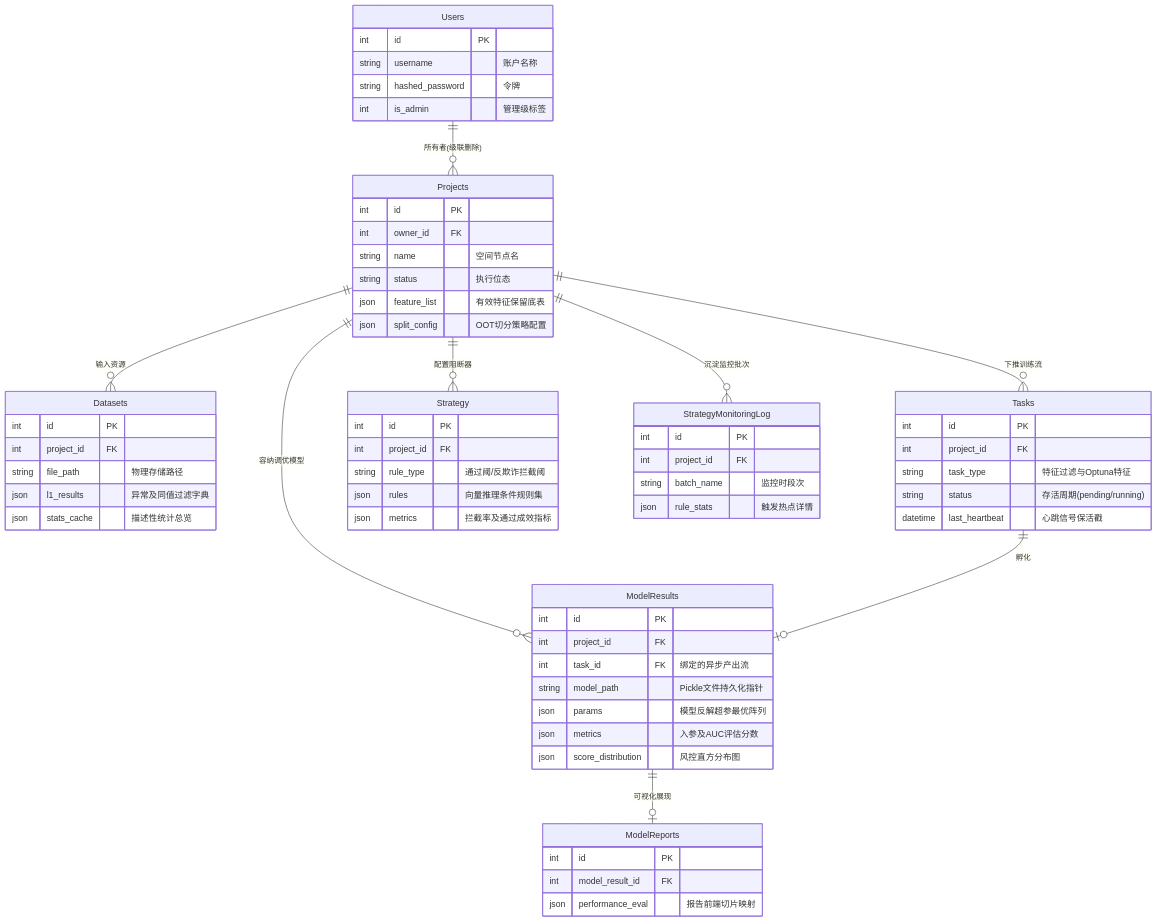
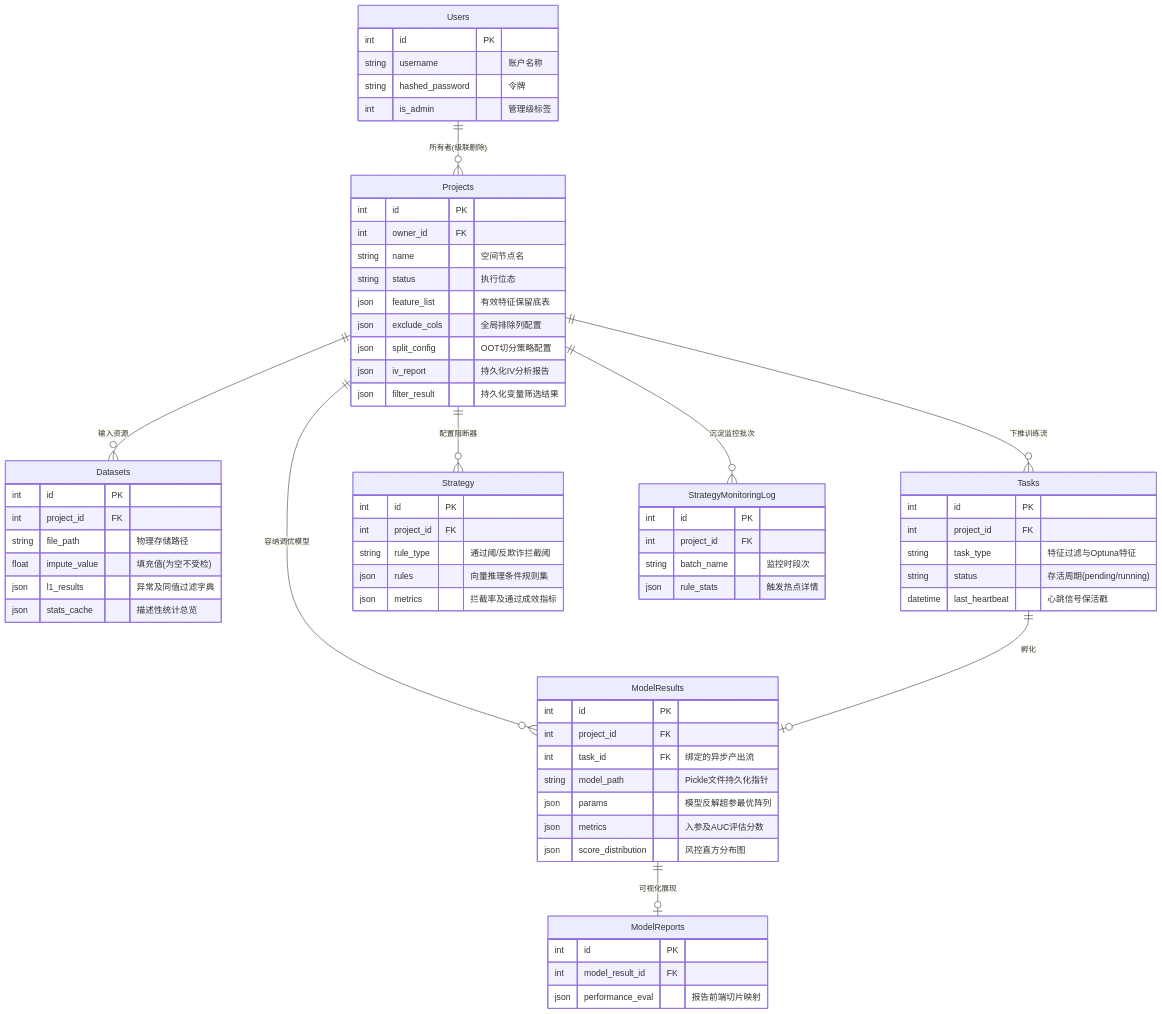
One commit to peppaonigiri/AutoScorecard changed the third of 3 diagrams in README.md. Above: the diagram before and after it, drawn with Mermaid. The commit also changed other lines of this file, not shown here.

````diff
--- a/README.md
+++ b/README.md
@@ -237,74 +243,78 @@
 ```mermaid
 erDiagram
     Users {
         int id PK
         string username "账户名称"
         string hashed_password "令牌"
         int is_admin "管理级标签"
     }
 
     Projects {
         int id PK
         int owner_id FK
         string name "空间节点名"
         string status "执行位态"
         json feature_list "有效特征保留底表"
+        json exclude_cols "全局排除列配置"
         json split_config "OOT切分策略配置"
+        json iv_report "持久化IV分析报告"
+        json filter_result "持久化变量筛选结果"
     }
 
     Datasets {
         int id PK
         int project_id FK
         string file_path "物理存储路径"
+        float impute_value "填充值(为空不受检)"
         json l1_results "异常及同值过滤字典"
         json stats_cache "描述性统计总览"
     }
 
     Tasks {
         int id PK
         int project_id FK
         string task_type "特征过滤与Optuna特征"
         string status "存活周期(pending/running)"
         datetime last_heartbeat "心跳信号保活戳"
     }
 
     ModelResults {
         int id PK
         int project_id FK
         int task_id FK "绑定的异步产出流"
         string model_path "Pickle文件持久化指针"
         json params "模型反解超参最优阵列"
         json metrics "入参及AUC评估分数"
         json score_distribution "风控直方分布图"
     }
 
     Strategy {
         int id PK
         int project_id FK
         string rule_type "通过阈/反欺诈拦截阈"
         json rules "向量推理条件规则集"
         json metrics "拦截率及通过成效指标"
     }
 
     StrategyMonitoringLog {
         int id PK
         int project_id FK
         string batch_name "监控时段次"
         json rule_stats "触发热点详情"
     }
 
     ModelReports {
         int id PK
         int model_result_id FK
         json performance_eval "报告前端切片映射"
     }
 
     Users ||--o{ Projects : "所有者(级联删除)"
     Projects ||--o{ Datasets : "输入资源"
     Projects ||--o{ Tasks : "下推训练流"
     Projects ||--o{ ModelResults : "容纳调优模型"
     Projects ||--o{ Strategy : "配置阻断器"
     Projects ||--o{ StrategyMonitoringLog: "沉淀监控批次"
     Tasks ||--o| ModelResults : "孵化"
     ModelResults ||--o| ModelReports : "可视化展现"
 ```
````
